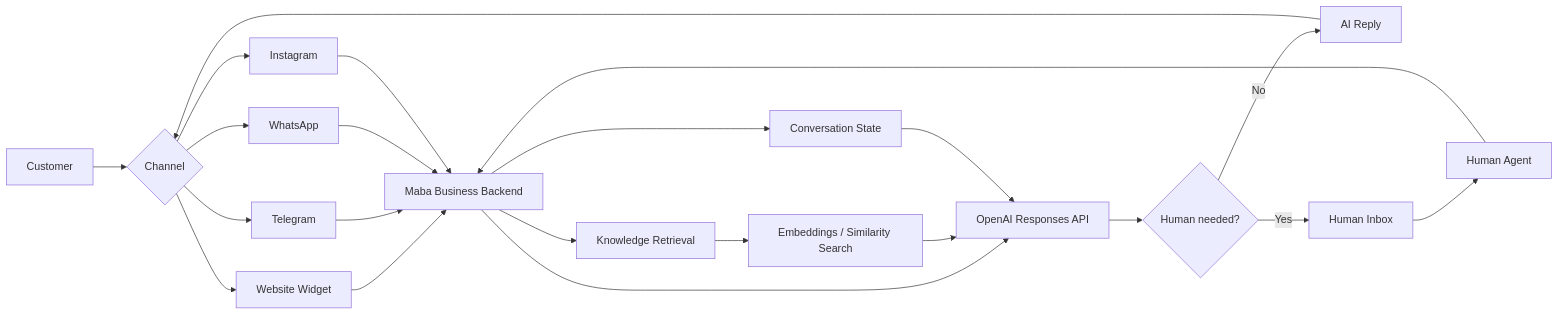
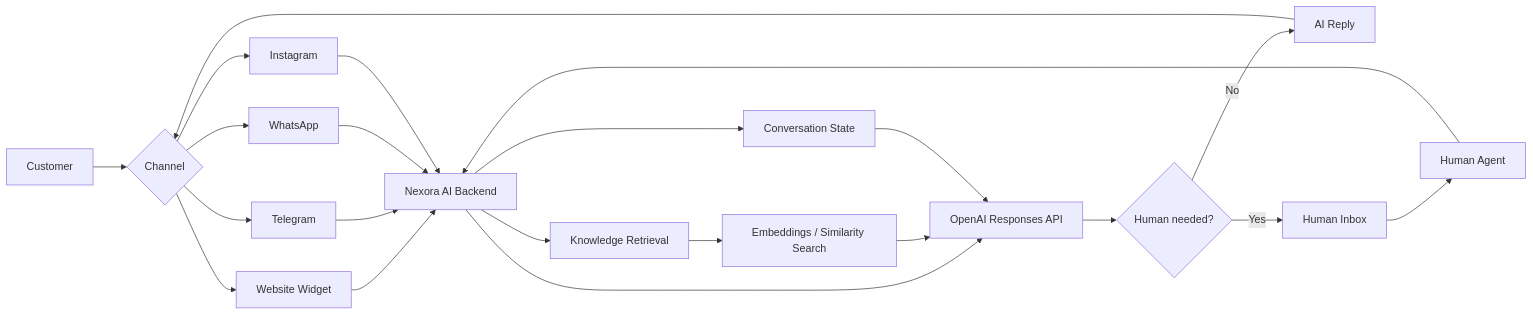
The diagram in README.md (ignatiusarwalembun/nexora-ai), drawn with Mermaid before and after one commit. The commit also changed other lines of this file and 6 other files, not shown here.

Commit message:
rebrand: Maba Business to Nexora AI

````diff
--- a/README.md
+++ b/README.md
@@ -68,27 +68,27 @@
 ```mermaid
 flowchart LR
     C[Customer] --> CH{Channel}
     CH --> W[Website Widget]
     CH --> T[Telegram]
     CH --> WA[WhatsApp]
     CH --> IG[Instagram]
 
-    W --> B[Maba Business Backend]
+    W --> B[Nexora AI Backend]
     T --> B
     WA --> B
     IG --> B
 
     B --> CONV[Conversation State]
     B --> KB[Knowledge Retrieval]
     KB --> EMB[Embeddings / Similarity Search]
     B --> AI[OpenAI Responses API]
     EMB --> AI
     CONV --> AI
 
     AI --> D{Human needed?}
     D -->|No| R[AI Reply]
     D -->|Yes| H[Human Inbox]
     H --> A[Human Agent]
     A --> B
     R --> CH
 ```
````
